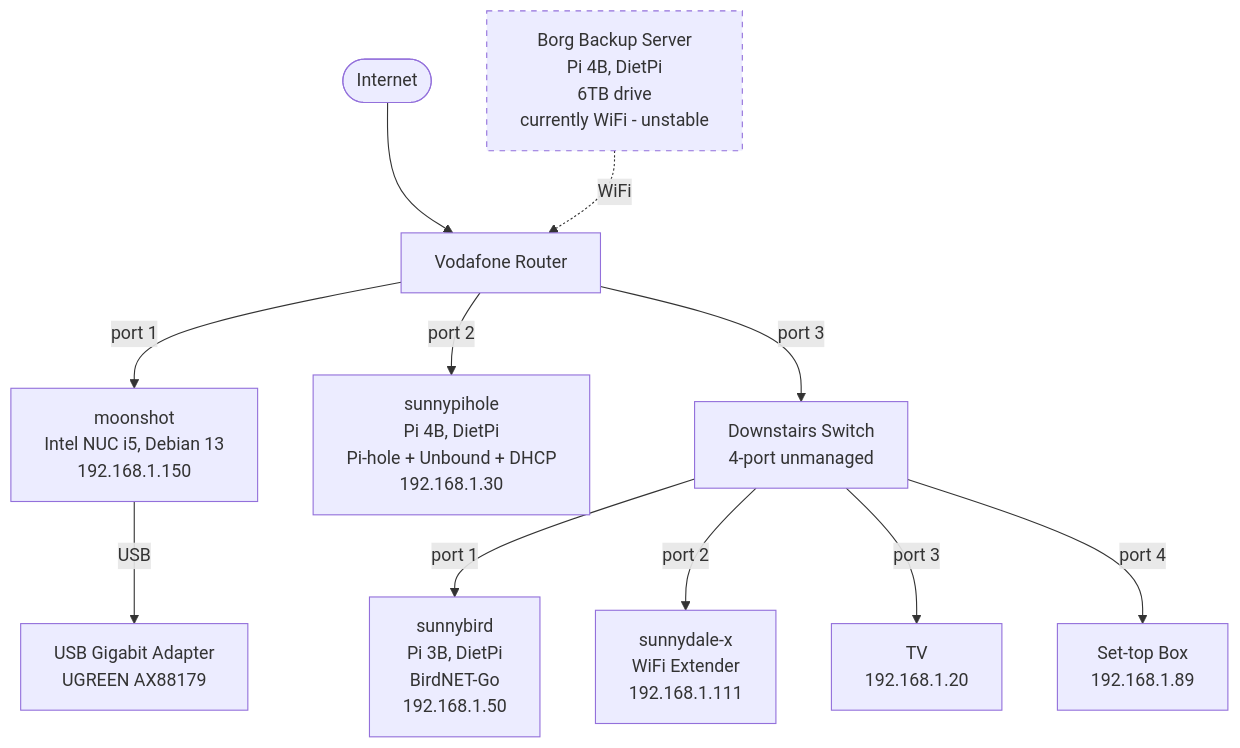
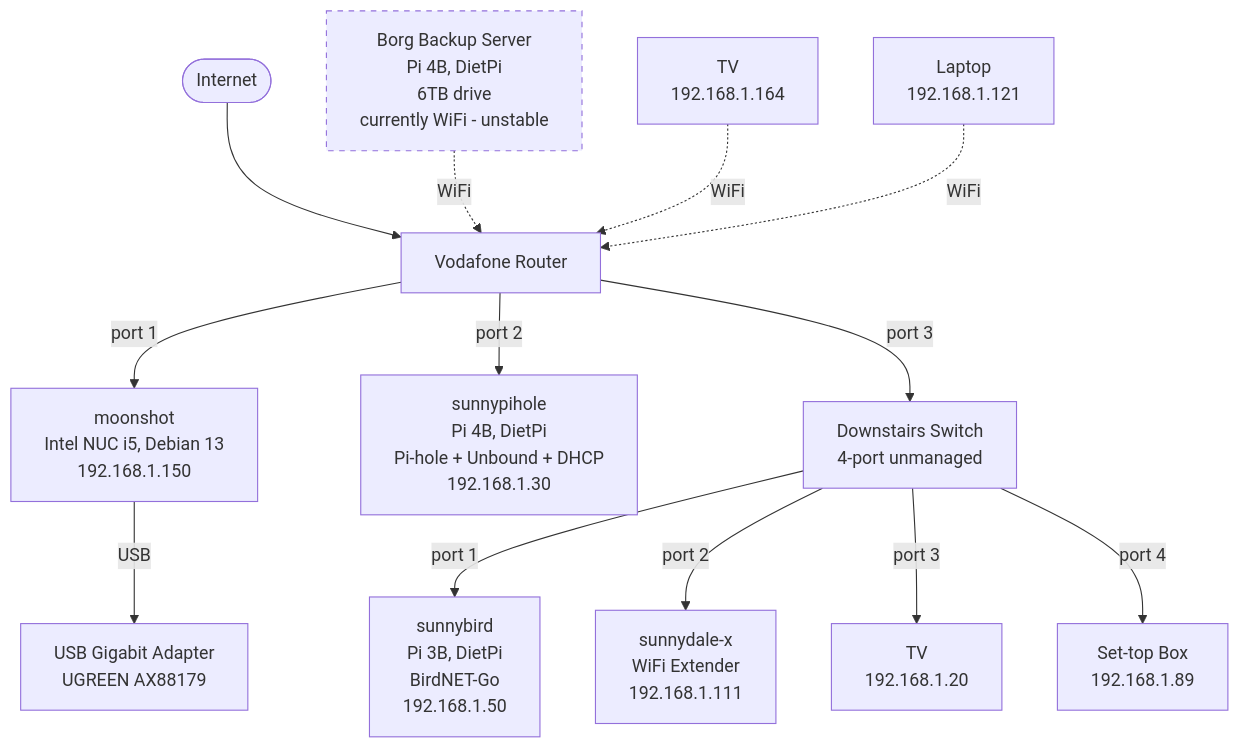
The first of 2 diagrams in network/network-map.md (grange85/sunnydale-config), drawn with Mermaid before and after one commit.

Commit message:
add some wifi

````diff
--- a/network/network-map.md
+++ b/network/network-map.md
@@ -14,19 +14,22 @@
 ```mermaid
 graph TD
     INTERNET([Internet]) --> ROUTER[Vodafone Router]
 
     ROUTER -->|port 1| MOONSHOT[moonshot<br/>Intel NUC i5, Debian 13<br/>192.168.1.150]
     ROUTER -->|port 2| PIHOLE[sunnypihole<br/>Pi 4B, DietPi<br/>Pi-hole + Unbound + DHCP<br/>192.168.1.30]
     ROUTER -->|port 3| SWITCH1[Downstairs Switch<br/>4-port unmanaged]
 
     SWITCH1 --> |port 1| BIRD[sunnybird<br/>Pi 3B, DietPi<br/>BirdNET-Go<br/>192.168.1.50]
     SWITCH1 --> |port 2| EXT[sunnydale-x<br/>WiFi Extender<br/>192.168.1.111]
     SWITCH1 --> |port 3| TV[TV<br/>192.168.1.20]
     SWITCH1 --> |port 4| STB[Set-top Box<br/>192.168.1.89]
 
     BORG[Borg Backup Server<br/>Pi 4B, DietPi<br/>6TB drive<br/>currently WiFi - unstable] -.WiFi.-> ROUTER
 
     MOONSHOT -->|USB| NIC[USB Gigabit Adapter<br/>UGREEN AX88179]
 
+    FIRESTICK[TV<br/>192.168.1.164] -.WiFi.-> ROUTER
+    SNOWSTORM[Laptop<br/>192.168.1.121] -.WiFi.-> ROUTER
+
     style BORG stroke-dasharray: 5 5
 ```
````
